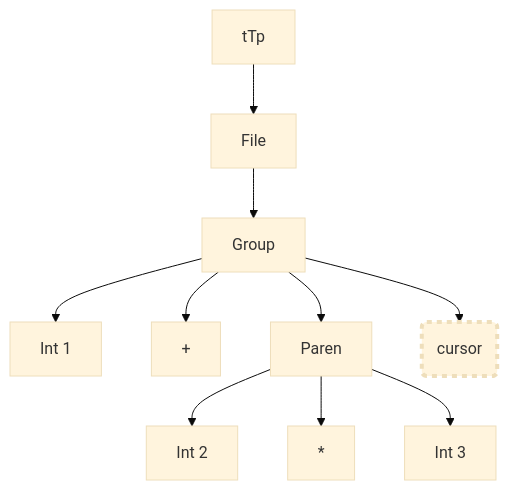
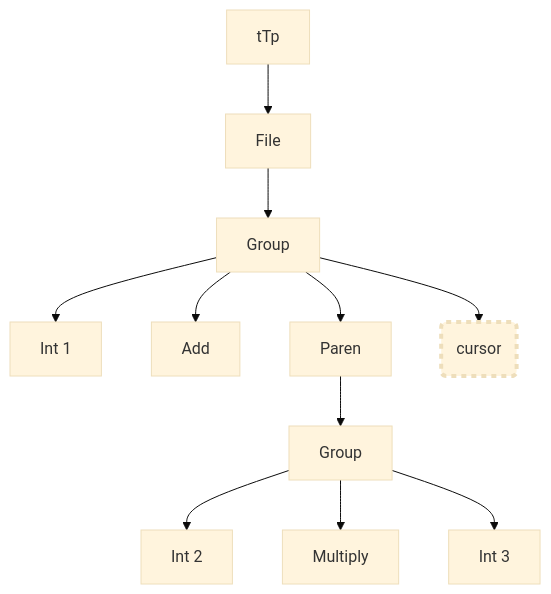
One commit to microsoft/Trieste changed diagram 14 of 27 in samples/infix/README.md. Above: the diagram before and after it, drawn with Mermaid (base theme). The commit also changed other lines of this file, not shown here.

````diff
--- a/samples/infix/README.md
+++ b/samples/infix/README.md
@@ -551,13 +551,14 @@
 ``` mermaid
 graph TD;
   A[tTp]-->B[File]
   B-->C[Group]
   C-->D[Int 1]
-  C-->E[+]
+  C-->E[Add]
   C-->F[Paren]
-  F-->G[Int 2]
-  F-->H[*]
-  F-->I[Int 3]
+  F-->K[Group]
+  K-->G[Int 2]
+  K-->H[Multiply]
+  K-->I[Int 3]
   C-->J(cursor):::cursor
   classDef cursor stroke-width:4px,stroke-dasharray:5 5;
 ```
````
